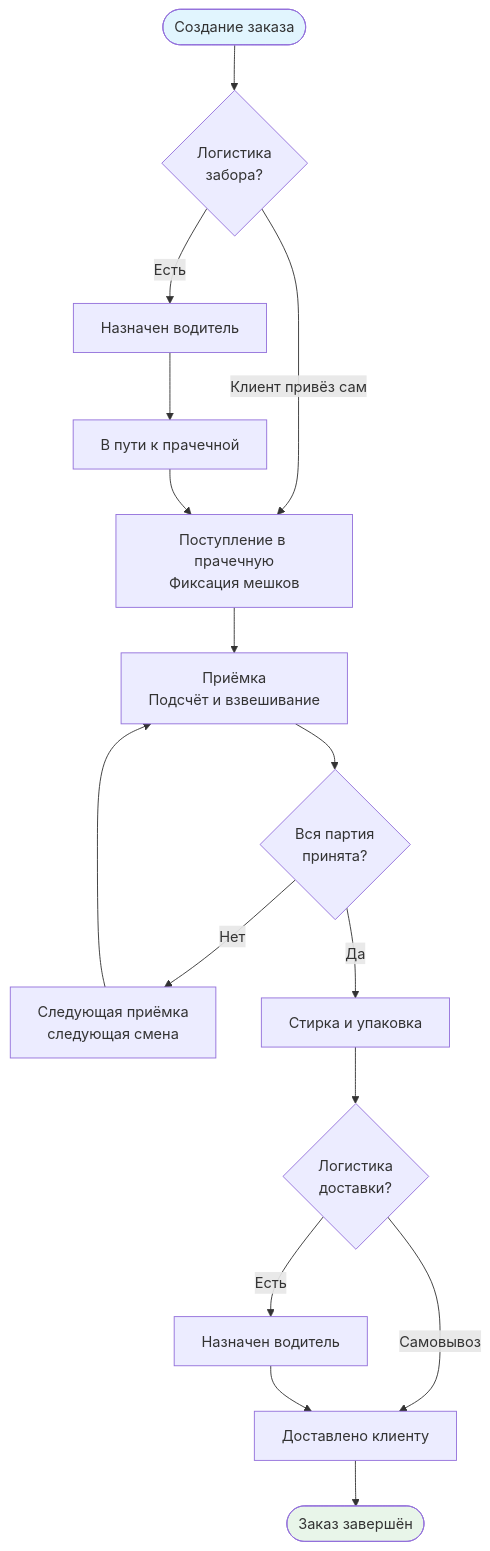
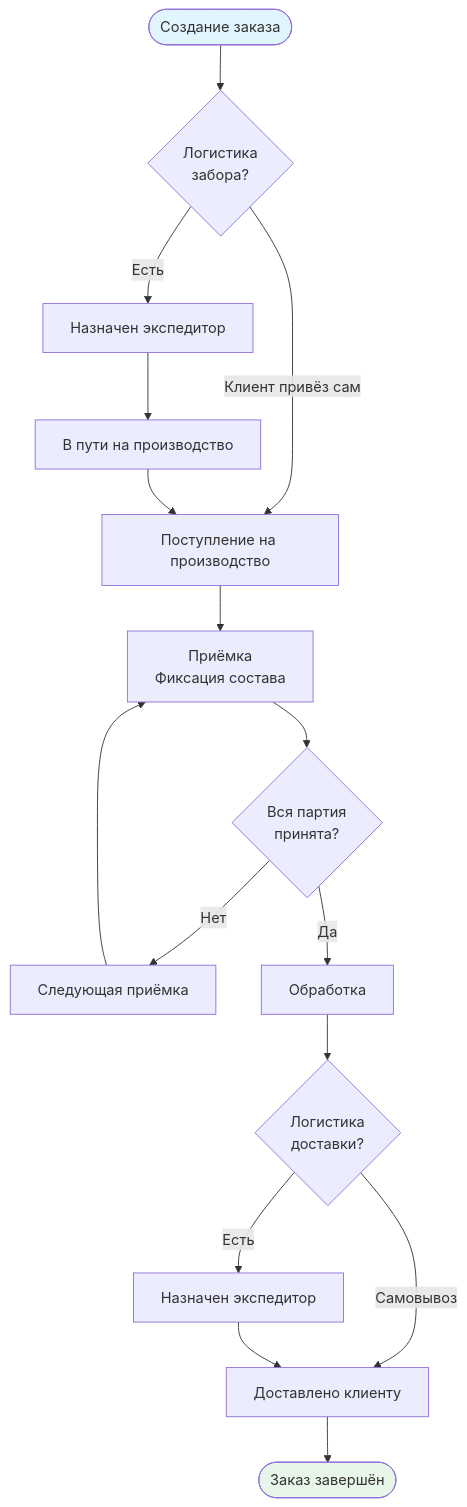
The diagram in docs/business/index.md (dmitry30/PROFLAUNDRY), drawn with Mermaid before and after one commit. The commit also changed other lines of this file and 5 other files, not shown here.

````diff
--- a/docs/business/index.md
+++ b/docs/business/index.md
@@ -58,21 +60,21 @@
 ```mermaid
 flowchart TD
     A([Создание заказа]) --> B{Логистика\nзабора?}
-    B -->|Есть| C[Назначен водитель]
+    B -->|Есть| C[Назначен экспедитор]
     B -->|Клиент привёз сам| E
-    C --> D[В пути к прачечной]
-    D --> E[Поступление в прачечную\nФиксация мешков]
-    E --> F[Приёмка\nПодсчёт и взвешивание]
+    C --> D[В пути на производство]
+    D --> E[Поступление на производство]
+    E --> F[Приёмка\nФиксация состава]
     F --> G{Вся партия\nпринята?}
-    G -->|Нет| F2[Следующая приёмка\nследующая смена]
+    G -->|Нет| F2[Следующая приёмка]
     F2 --> F
-    G -->|Да| H[Стирка и упаковка]
+    G -->|Да| H[Обработка]
     H --> I{Логистика\nдоставки?}
-    I -->|Есть| J[Назначен водитель]
+    I -->|Есть| J[Назначен экспедитор]
     I -->|Самовывоз| K
     J --> K[Доставлено клиенту]
     K --> L([Заказ завершён])
 
     style A fill:#e1f5fe
     style L fill:#e8f5e9
 ```
````
